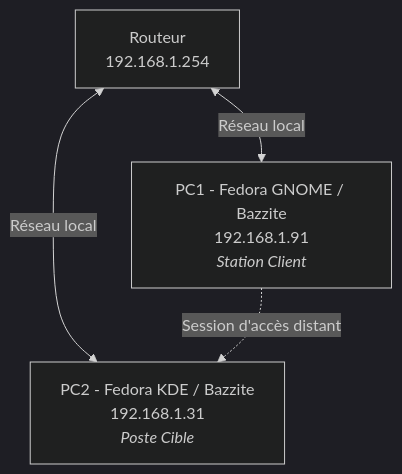
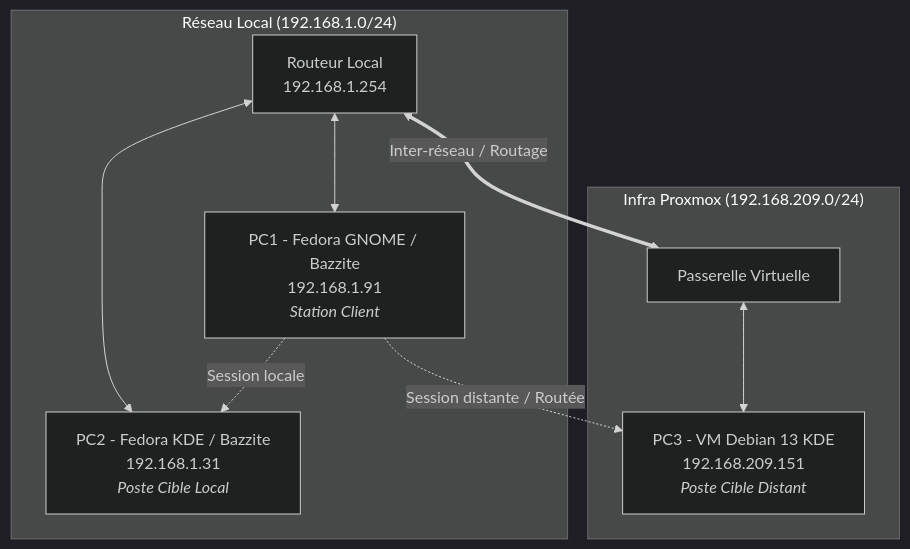
Before and after one commit to Loris-Kuj0/doc-sio: the diagram in docs/da.md, drawn with Mermaid (dark theme). The commit also changed other lines of this file, not shown here.

````diff
--- a/docs/da.md
+++ b/docs/da.md
@@ -18,10 +24,22 @@
 ```mermaid
 graph TD
-    R[Routeur<br/>192.168.1.254]
-    PC1[PC1 - Fedora GNOME / Bazzite<br/>192.168.1.91<br/><i>Station Client</i>]
-    PC2[PC2 - Fedora KDE / Bazzite<br/>192.168.1.31<br/><i>Poste Cible</i>]
+    subgraph LAN1 ["Réseau Local (192.168.1.0/24)"]
+        R1[Routeur Local<br/>192.168.1.254]
+        PC1[PC1 - Fedora GNOME / Bazzite<br/>192.168.1.91<br/><i>Station Client</i>]
+        PC2[PC2 - Fedora KDE / Bazzite<br/>192.168.1.31<br/><i>Poste Cible Local</i>]
+        
+        R1 <--> PC1
+        R1 <--> PC2
+    end
 
-    R <-->|Réseau local| PC1
-    R <-->|Réseau local| PC2
-    PC1 -.->|Session d'accès distant| PC2
+    subgraph PROXMOX ["Infra Proxmox (192.168.209.0/24)"]
+        GW[Passerelle Virtuelle]
+        PC3[PC3 - VM Debian 13 KDE<br/>192.168.209.151<br/><i>Poste Cible Distant</i>]
+        
+        GW <--> PC3
+    end
+
+    R1 <==>|Inter-réseau / Routage| GW
+    PC1 -.->|Session locale| PC2
+    PC1 -.->|Session distante / Routée| PC3
 ```
````
